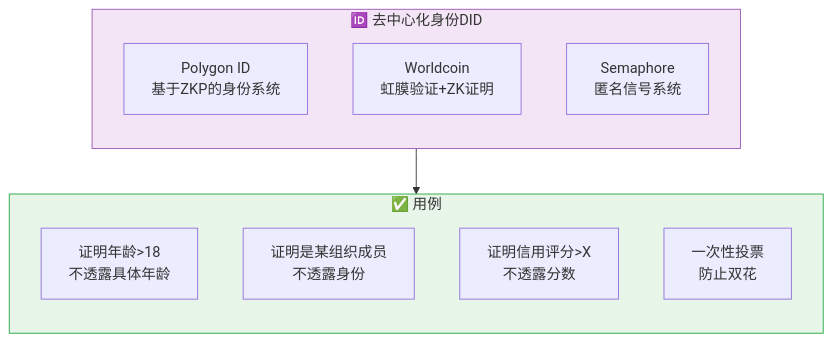
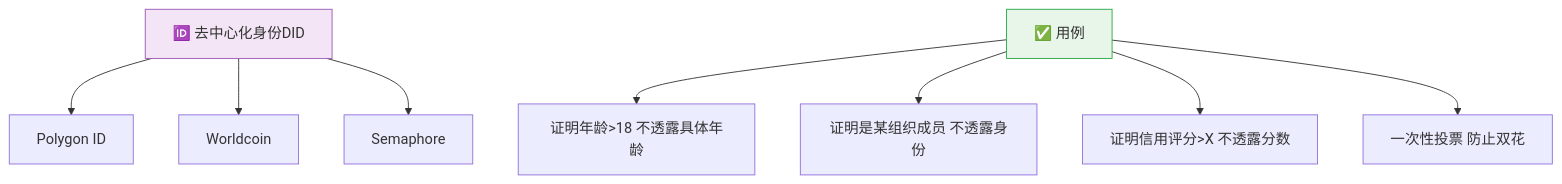
The ninth of 9 diagrams in docs/《精通以太坊》/第17章-零知识证明.md (web3-wallet-org/web3-wallet-notes), drawn with Mermaid before and after one commit. The commit also changed other lines of this file and 5 other files, not shown here.

````diff
--- a/docs/《精通以太坊》/第17章-零知识证明.md
+++ b/docs/《精通以太坊》/第17章-零知识证明.md
@@ -730,22 +688,25 @@
 ```mermaid
 graph TB
-    subgraph DID["🆔 去中心化身份DID"]
-        direction TB
-        D1["Polygon ID<br/>基于ZKP的身份系统"]
-        D2["Worldcoin<br/>虹膜验证+ZK证明"]
-        D3["Semaphore<br/>匿名信号系统"]
-    end
+    DID["🆔 去中心化身份DID"]
+    D1["Polygon ID"]
+    D2["Worldcoin"]
+    D3["Semaphore"]
     
-    subgraph UseCases["✅ 用例"]
-        direction TB
-        U1["证明年龄>18<br/>不透露具体年龄"]
-        U2["证明是某组织成员<br/>不透露身份"]
-        U3["证明信用评分>X<br/>不透露分数"]
-        U4["一次性投票<br/>防止双花"]
-    end
+    UseCases["✅ 用例"]
+    U1["证明年龄>18 不透露具体年龄"]
+    U2["证明是某组织成员 不透露身份"]
+    U3["证明信用评分>X 不透露分数"]
+    U4["一次性投票 防止双花"]
     
-    DID --> UseCases
+    DID --> D1
+    DID --> D2
+    DID --> D3
+    
+    UseCases --> U1
+    UseCases --> U2
+    UseCases --> U3
+    UseCases --> U4
     
     style DID fill:#f3e5f5,stroke:#9b59b6,color:#333
     style UseCases fill:#e8f5e9,stroke:#28a745,color:#333
 ```
````
